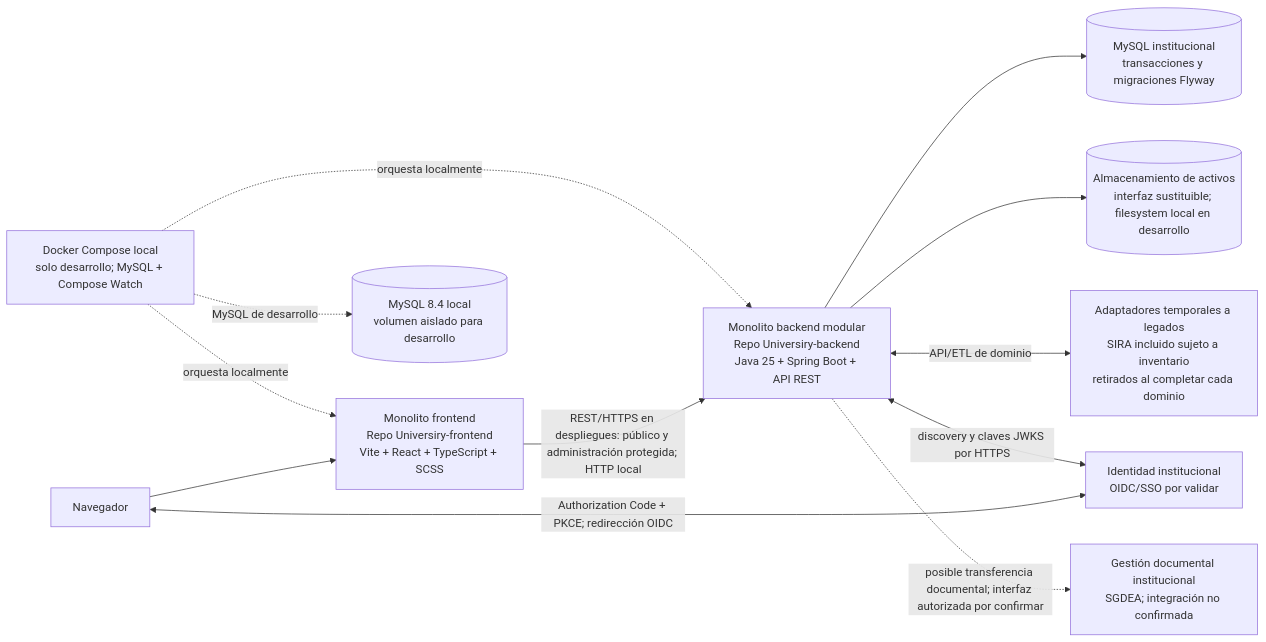
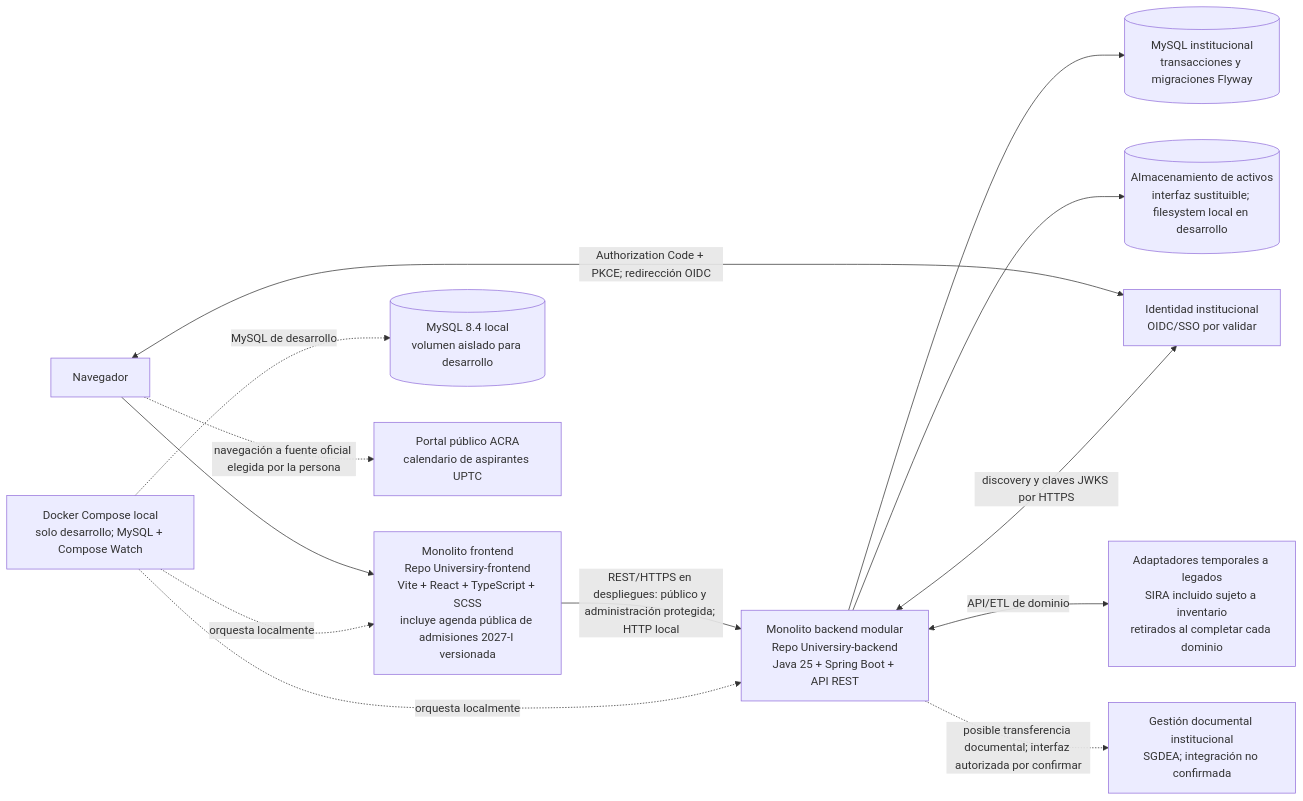
One commit to jdsalasca/open-university-backend changed the second of 3 diagrams in docs/architecture/c4.md. Above: the diagram before and after it, drawn with Mermaid. The commit also changed other lines of this file and 11 other files, not shown here.

````diff
--- a/docs/architecture/c4.md
+++ b/docs/architecture/c4.md
@@ -44,25 +48,27 @@
 ```mermaid
 flowchart LR
   Browser[Navegador]
-  Frontend[Monolito frontend\nRepo Universiry-frontend\nVite + React + TypeScript + SCSS]
+  Frontend[Monolito frontend\nRepo Universiry-frontend\nVite + React + TypeScript + SCSS\nincluye agenda pública de admisiones 2027-I versionada]
   Backend[Monolito backend modular\nRepo Universiry-backend\nJava 25 + Spring Boot + API REST]
   DB[(MySQL institucional\ntransacciones y migraciones Flyway)]
   DevDB[(MySQL 8.4 local\nvolumen aislado para desarrollo)]
   Assets[(Almacenamiento de activos\ninterfaz sustituible; filesystem local en desarrollo)]
   IdP[Identidad institucional\nOIDC/SSO por validar]
+  ACRA[Portal público ACRA\ncalendario de aspirantes UPTC]
   Legacy[Adaptadores temporales a legados\nSIRA incluido sujeto a inventario\nretirados al completar cada dominio]
   SGDEA[Gestión documental institucional\nSGDEA; integración no confirmada]
   DevCompose[Docker Compose local\nsolo desarrollo; MySQL + Compose Watch]
 
   Browser --> Frontend
   Frontend -->|REST/HTTPS en despliegues: público y administración protegida; HTTP local| Backend
   Browser <-->|Authorization Code + PKCE; redirección OIDC| IdP
+  Browser -.->|navegación a fuente oficial elegida por la persona| ACRA
   Backend --> DB
   Backend --> Assets
   Backend <-->|discovery y claves JWKS por HTTPS| IdP
   Backend <-->|API/ETL de dominio| Legacy
   Backend -.->|posible transferencia documental; interfaz autorizada por confirmar| SGDEA
   DevCompose -. orquesta localmente .-> Frontend
   DevCompose -. orquesta localmente .-> Backend
   DevCompose -. MySQL de desarrollo .-> DevDB
 ```
````
